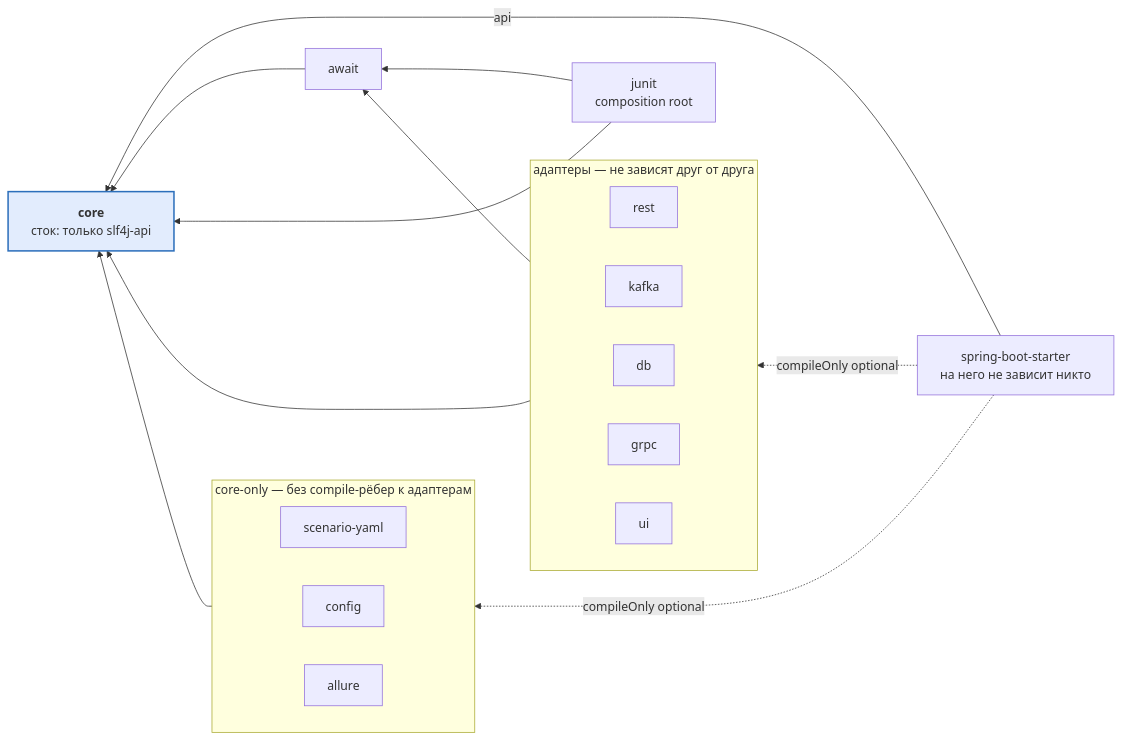
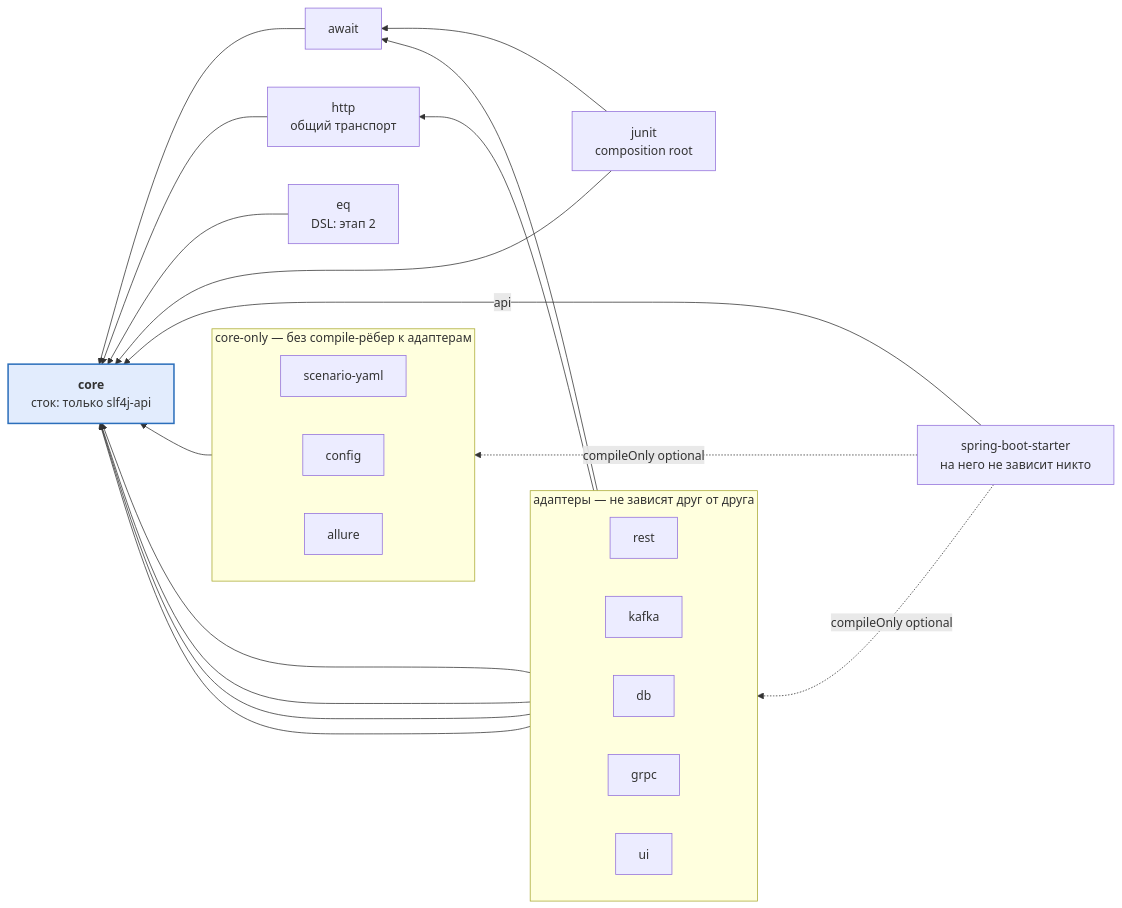
Before and after one commit to 0Lilhate/stand-test-framework: the second of 7 diagrams in README.md, drawn with Mermaid. The commit also changed other lines of this file and 171 other files, not shown here.

````diff
--- a/README.md
+++ b/README.md
@@ -70,36 +70,44 @@
 ```mermaid
 flowchart RL
     core["<b>core</b><br/>сток: только slf4j-api"]
     await["await"]
+    http["http<br/>общий транспорт"]
+    eq["eq<br/>DSL: этап 2"]
 
     subgraph ad["адаптеры — не зависят друг от друга"]
         direction LR
         rest["rest"]
         kafka["kafka"]
         db["db"]
         grpc["grpc"]
         ui["ui"]
     end
 
     subgraph co["core-only — без compile-рёбер к адаптерам"]
         direction LR
         yaml["scenario-yaml"]
         config["config"]
         allure["allure"]
     end
 
     junit["junit<br/>composition root"]
     starter["spring-boot-starter<br/>на него не зависит никто"]
 
     await --> core
+    http --> core
+    rest --> http
+    eq --> core
     ad --> await
-    ad --> core
+    kafka --> core
+    db --> core
+    grpc --> core
+    ui --> core
     junit --> await
     junit --> core
     co --> core
     starter -- "api" --> core
     starter -. "compileOnly optional" .-> ad
     starter -. "compileOnly optional" .-> co
 
     style core fill:#e2ecfd,stroke:#2c6fbb,stroke-width:2px
 ```
````
